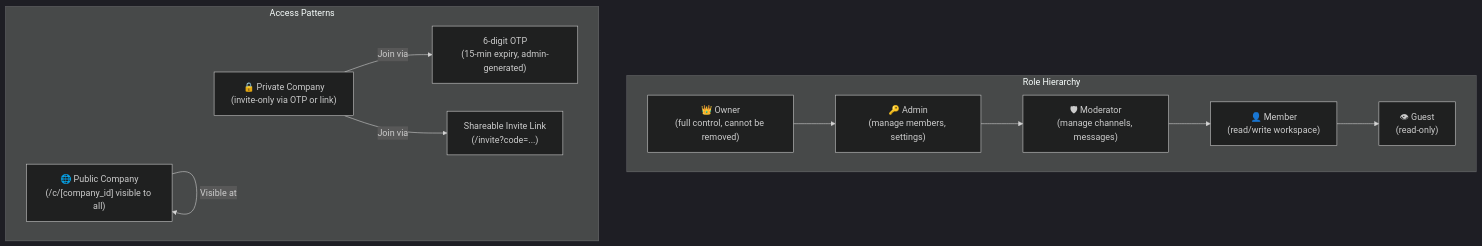
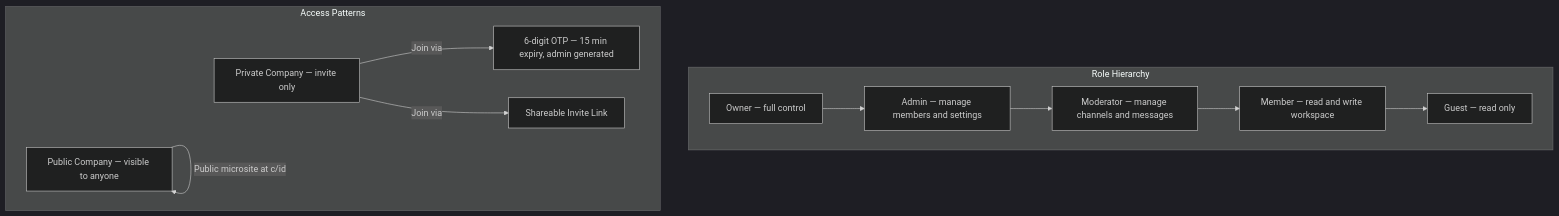
The fourth of 5 diagrams in README.md (aryansrao/theysynced), drawn with Mermaid (dark theme) before and after one commit. The commit also changed other lines of this file, not shown here.

First line of the commit message:
fix: repair all Mermaid diagram syntax errors in README

````diff
--- a/README.md
+++ b/README.md
@@ -148,22 +148,22 @@
 ```mermaid
 graph TD
     subgraph Roles["Role Hierarchy"]
-        Owner["👑 Owner\n(full control, cannot be removed)"]
-        Admin["🔑 Admin\n(manage members, settings)"]
-        Moderator["🛡 Moderator\n(manage channels, messages)"]
-        Member["👤 Member\n(read/write workspace)"]
-        Guest["👁 Guest\n(read-only)"]
+        Owner["Owner — full control"]
+        Admin["Admin — manage members and settings"]
+        Moderator["Moderator — manage channels and messages"]
+        Member["Member — read and write workspace"]
+        Guest["Guest — read only"]
     end
 
     subgraph Access["Access Patterns"]
-        Public["🌐 Public Company\n(/c/[company_id] visible to all)"]
-        Private["🔒 Private Company\n(invite-only via OTP or link)"]
-        OTP["6-digit OTP\n(15-min expiry, admin-generated)"]
-        InviteLink["Shareable Invite Link\n(/invite?code=...)"]
+        PublicCo["Public Company — visible to anyone"]
+        PrivateCo["Private Company — invite only"]
+        OTP["6-digit OTP — 15 min expiry, admin generated"]
+        InviteLink["Shareable Invite Link"]
     end
 
     Owner --> Admin --> Moderator --> Member --> Guest
-    Private -->|Join via| OTP
-    Private -->|Join via| InviteLink
-    Public -->|Visible at| Public
+    PrivateCo -->|Join via| OTP
+    PrivateCo -->|Join via| InviteLink
+    PublicCo -->|Public microsite at c/id| PublicCo
 ```
````
